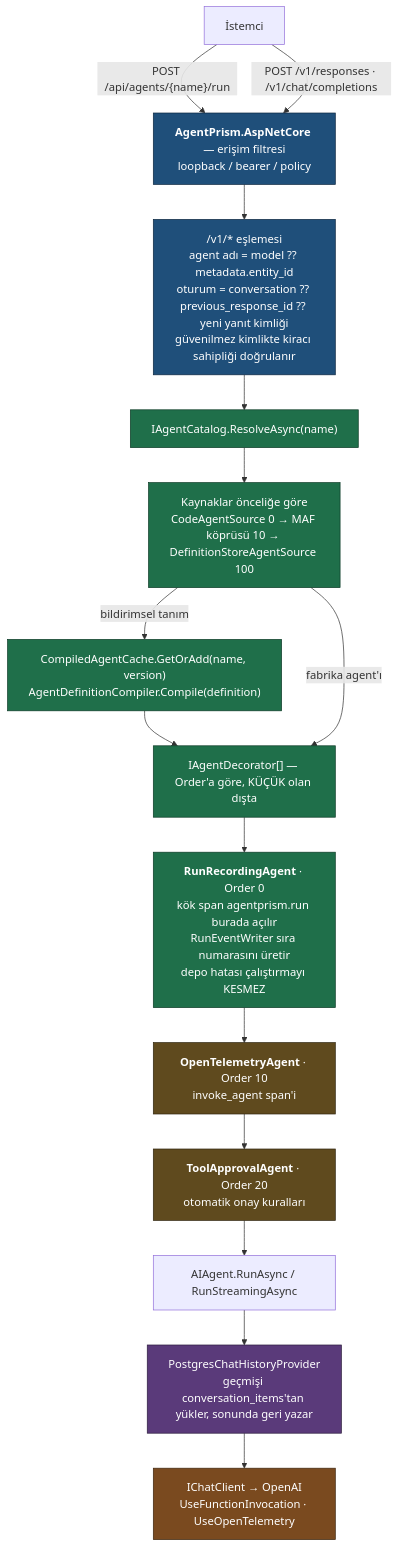
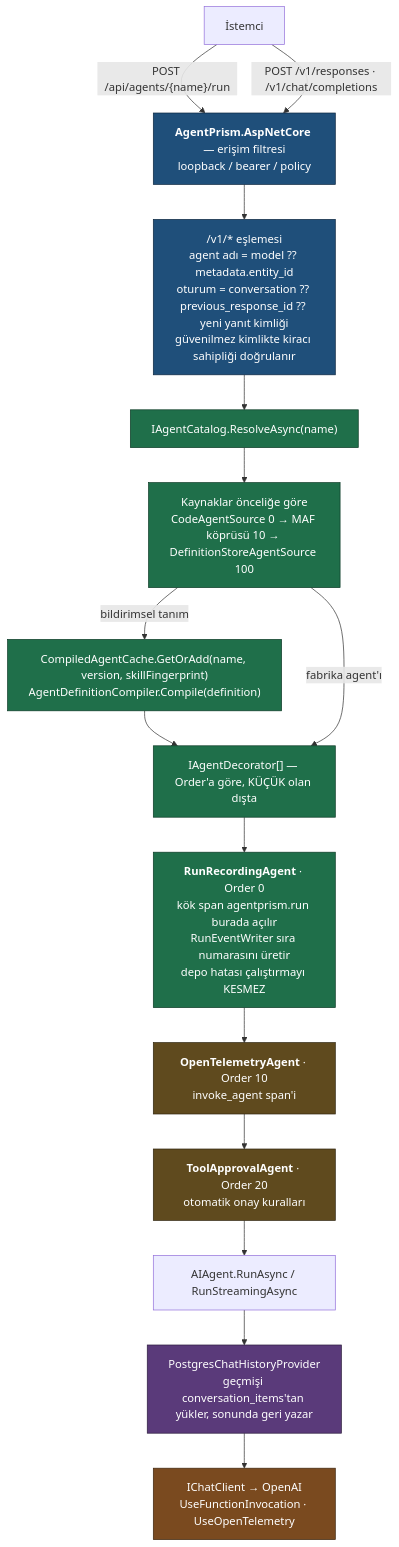
The fourth of 9 diagrams in docs/MIMARI.md (farukatasoy/Tracon), drawn with Mermaid before and after one commit. The commit also changed other lines of this file and 45 other files, not shown here.

````diff
--- a/docs/MIMARI.md
+++ b/docs/MIMARI.md
@@ -604,35 +613,35 @@
 ```mermaid
 flowchart TD
     C["İstemci"]
     H["<b>AgentPrism.AspNetCore</b> — erişim filtresi<br/>loopback / bearer / policy"]
     V1["/v1/* eşlemesi<br/>agent adı = model ?? metadata.entity_id<br/>oturum = conversation ?? previous_response_id ?? yeni yanıt kimliği<br/>güvenilmez kimlikte kiracı sahipliği doğrulanır"]
     R["IAgentCatalog.ResolveAsync(name)"]
     SRC["Kaynaklar önceliğe göre<br/>CodeAgentSource 0 → MAF köprüsü 10 → DefinitionStoreAgentSource 100"]
-    COMP["CompiledAgentCache.GetOrAdd(name, version)<br/>AgentDefinitionCompiler.Compile(definition)"]
+    COMP["CompiledAgentCache.GetOrAdd(name, version, skillFingerprint)<br/>AgentDefinitionCompiler.Compile(definition)"]
     DEC["IAgentDecorator[] — Order'a göre, KÜÇÜK olan dışta"]
     REC["<b>RunRecordingAgent</b> · Order 0<br/>kök span agentprism.run burada açılır<br/>RunEventWriter sıra numarasını üretir<br/>depo hatası çalıştırmayı KESMEZ"]
     OTEL["<b>OpenTelemetryAgent</b> · Order 10<br/>invoke_agent span'i"]
     APR["<b>ToolApprovalAgent</b> · Order 20<br/>otomatik onay kuralları"]
     RUN["AIAgent.RunAsync / RunStreamingAsync"]
     CHP["PostgresChatHistoryProvider<br/>geçmişi conversation_items'tan yükler, sonunda geri yazar"]
     LLM["IChatClient → OpenAI<br/>UseFunctionInvocation · UseOpenTelemetry"]
 
     C -->|"POST /api/agents/{name}/run"| H
     C -->|"POST /v1/responses · /v1/chat/completions"| H
     H --> V1 --> R --> SRC
     SRC -->|"bildirimsel tanım"| COMP --> DEC
     SRC -->|"fabrika agent'ı"| DEC
     DEC --> REC --> OTEL --> APR --> RUN
     RUN --> CHP --> LLM
 
     classDef faz4 fill:#1f4f7a,stroke:#0d2740,color:#ffffff
     classDef faz1 fill:#1f6f4a,stroke:#0d3b27,color:#ffffff
     classDef faz2 fill:#5a3a7a,stroke:#2c1c3d,color:#ffffff
     classDef faz3 fill:#7a4a1f,stroke:#3d250f,color:#ffffff
     class H,V1 faz4
     classDef faz6 fill:#5f4a1e,stroke:#302510,color:#ffffff
     class R,SRC,COMP,DEC,REC faz1
     class CHP faz2
     class LLM faz3
     class OTEL,APR faz6
 ```
````
